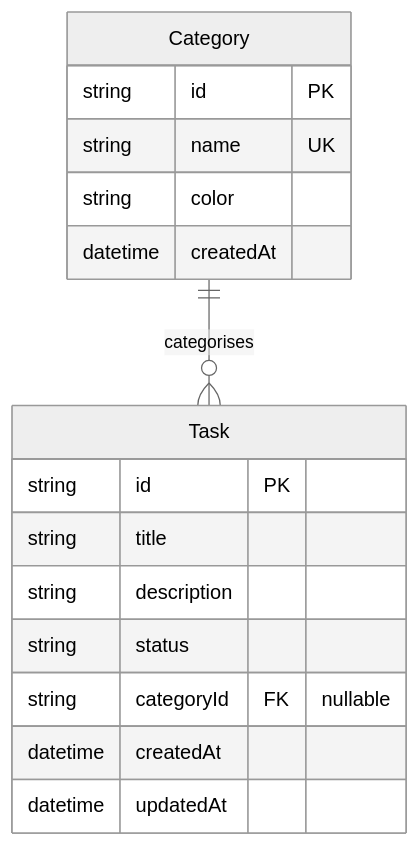
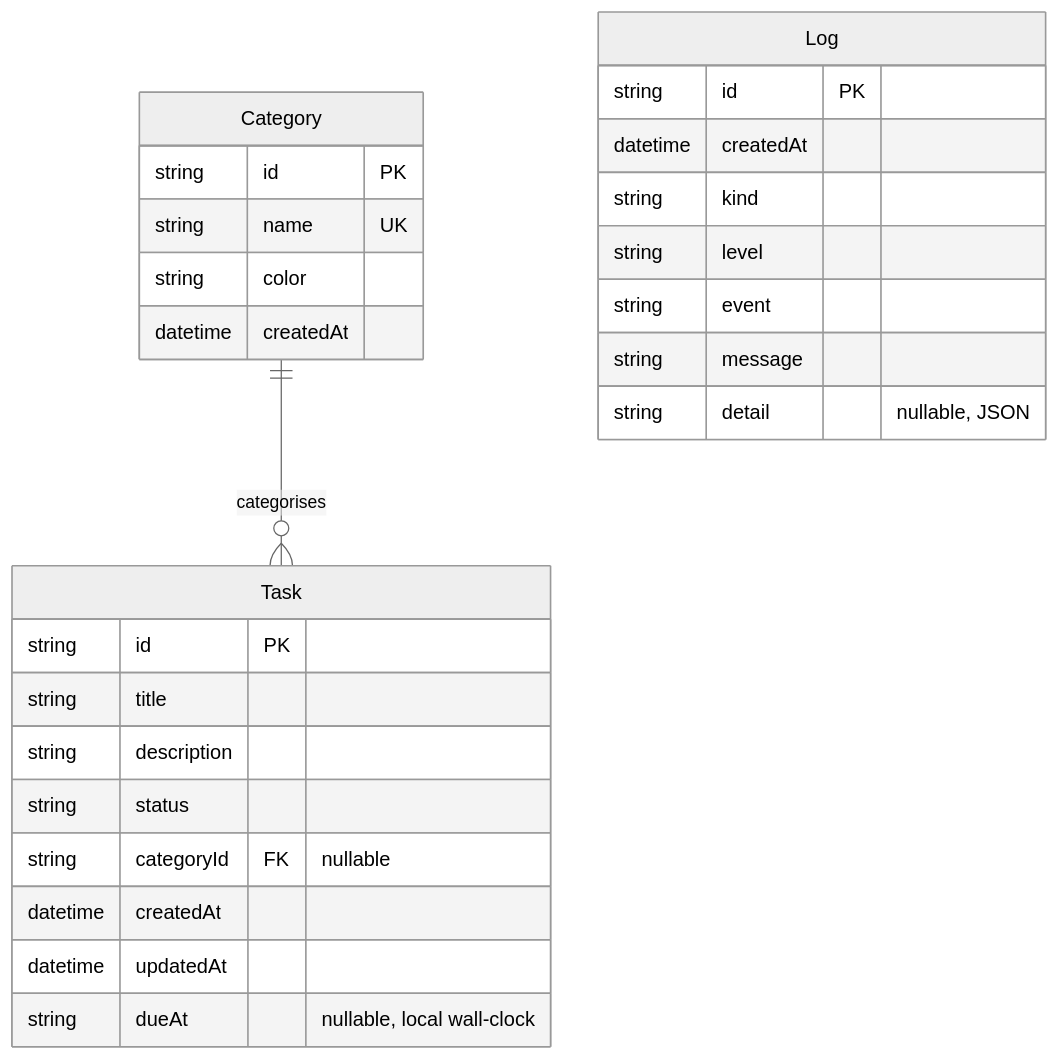
Before and after one commit to JoshGill3882/Vecta: the second of 2 diagrams in ARCHITECTURE.md, drawn with Mermaid (neutral theme). The commit also changed other lines of this file and 2 other files, not shown here.

Commit message:
docs: describe the Log table, its service and its schema
ARCHITECTURE.md's data model gains `Log`: two kinds of event in one
table, no relation to Task or Category so an entry outlives the row it
describes, and `detail` as JSON in a String column. It also gains
`Task.dueAt`, which the diagram had been missing.

The database guide documents the log service's contract, the lint rule
that keeps `prisma.log` inside it, and the DTO's parsing of `detail`.
The validation guide documents `logWriteSchema`, the ordered levels and
the event-name shape.

````diff
--- a/ARCHITECTURE.md
+++ b/ARCHITECTURE.md
@@ -163,21 +163,32 @@
 ```mermaid
 erDiagram
     Category ||--o{ Task : categorises
 
     Task {
         string   id PK
         string   title
         string   description
         string   status
         string   categoryId FK "nullable"
         datetime createdAt
         datetime updatedAt
+        string   dueAt "nullable, local wall-clock"
     }
 
     Category {
         string   id PK
         string   name UK
         string   color
         datetime createdAt
     }
+
+    Log {
+        string   id PK
+        datetime createdAt
+        string   kind
+        string   level
+        string   event
+        string   message
+        string   detail "nullable, JSON"
+    }
 ```
````
